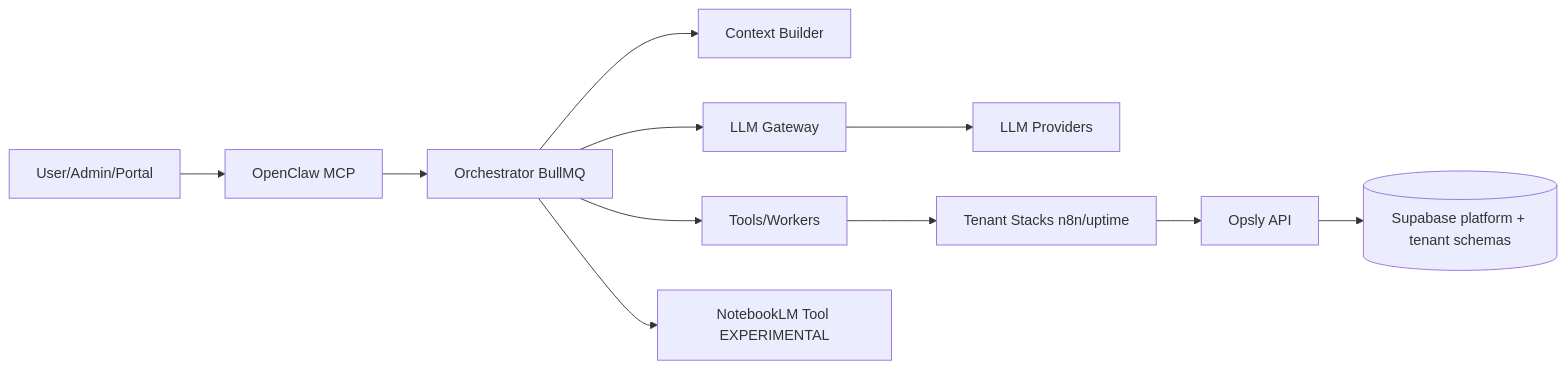
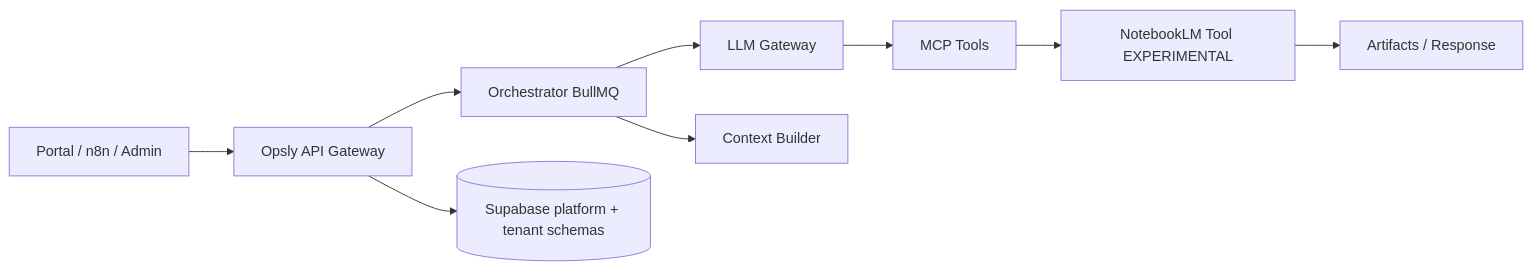
One commit to cloudsysops/opsly changed the first of 5 diagrams in .github/AGENTS.md. Above: the diagram before and after it, drawn with Mermaid. The commit also changed other lines of this file and 2 other files, not shown here.

First line of the commit message:
docs(architecture): fully update AGENTS.md and VISION.md with OpenClaw ecosystem details and future-proof improvements

````diff
--- a/.github/AGENTS.md
+++ b/.github/AGENTS.md
@@ -204,13 +213,11 @@
 ```mermaid
 flowchart LR
-  U[User/Admin/Portal] --> MCP[OpenClaw MCP]
-  MCP --> ORCH[Orchestrator BullMQ]
-  ORCH --> CBUILDER[Context Builder]
+  P[Portal / n8n / Admin] --> APIGW[Opsly API Gateway]
+  APIGW --> ORCH[Orchestrator BullMQ]
   ORCH --> LLMG[LLM Gateway]
-  LLMG --> MODELS[LLM Providers]
-  ORCH --> TOOLS[Tools/Workers]
-  TOOLS --> TENANTS[Tenant Stacks n8n/uptime]
-  ORCH --> NB[NotebookLM Tool EXPERIMENTAL]
-  TENANTS --> API[Opsly API]
-  API --> DB[(Supabase platform + tenant schemas)]
+  LLMG --> MCP[MCP Tools]
+  MCP --> NB[NotebookLM Tool EXPERIMENTAL]
+  NB --> RESULT[Artifacts / Response]
+  ORCH --> CB[Context Builder]
+  APIGW --> DB[(Supabase platform + tenant schemas)]
 ```
````
